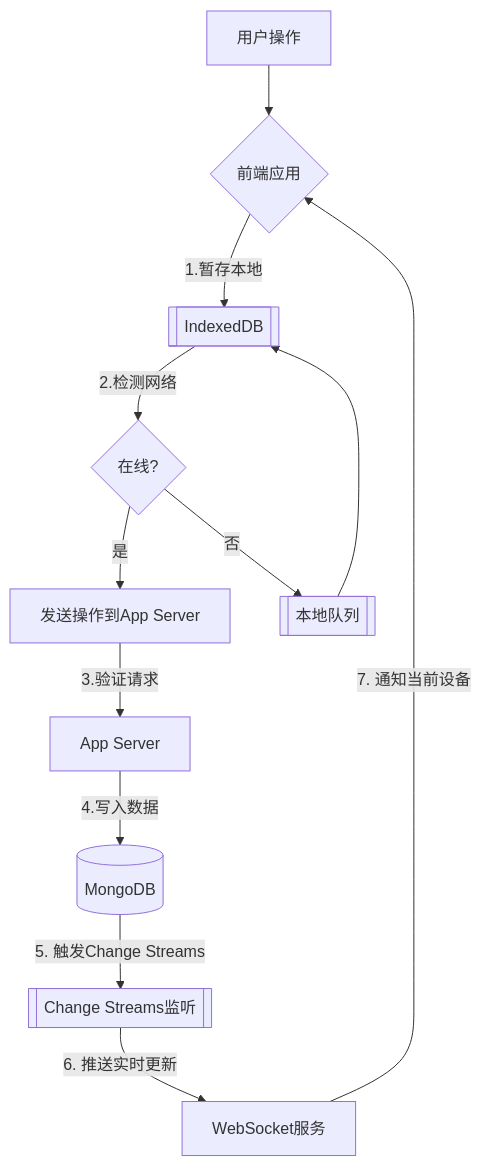
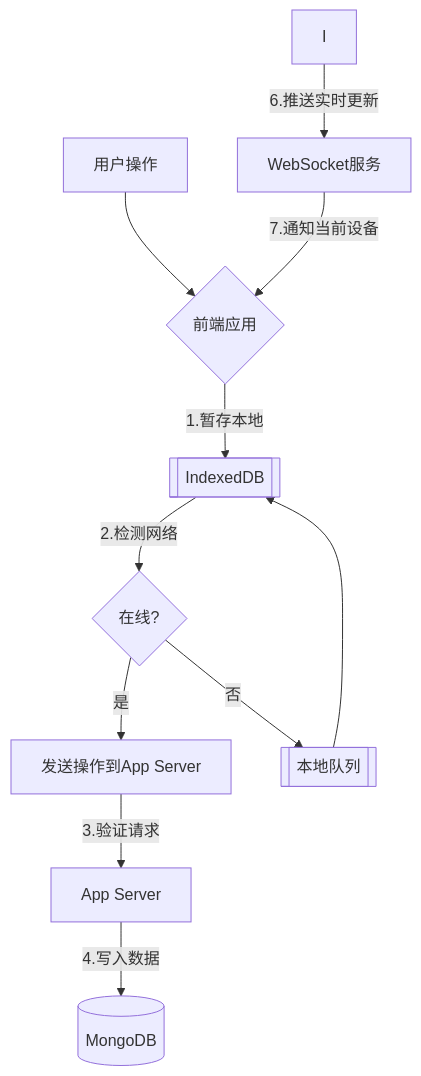
The diagram in all/未命名-21.md (yingjianzh/iodraw-files), drawn with Mermaid before and after one commit.

Commit message:
2025-02-17 14:53:34 update

````diff
--- a/all/未命名-21.md
+++ b/all/未命名-21.md
@@ -1,13 +1,13 @@
 ```mermaid
 graph TD
     A[用户操作] --> B{前端应用}
     B -->|1.暂存本地| C[[IndexedDB]]
     C -->|2.检测网络| D{在线?}
     D -->|是| E[发送操作到App Server]
     D -->|否| F[[本地队列]] --> C
     E -->|3.验证请求| G[App Server]
     G -->|4.写入数据| H[(MongoDB)]
-    H -->|5. 触发Change Streams| I[[Change Streams监听]]
-    I -->|6. 推送实时更新| J[WebSocket服务]
-    J -->|7. 通知当前设备| B
+    
+    I -->|6.推送实时更新| J[WebSocket服务]
+    J -->|7.通知当前设备| B
 ```
````
